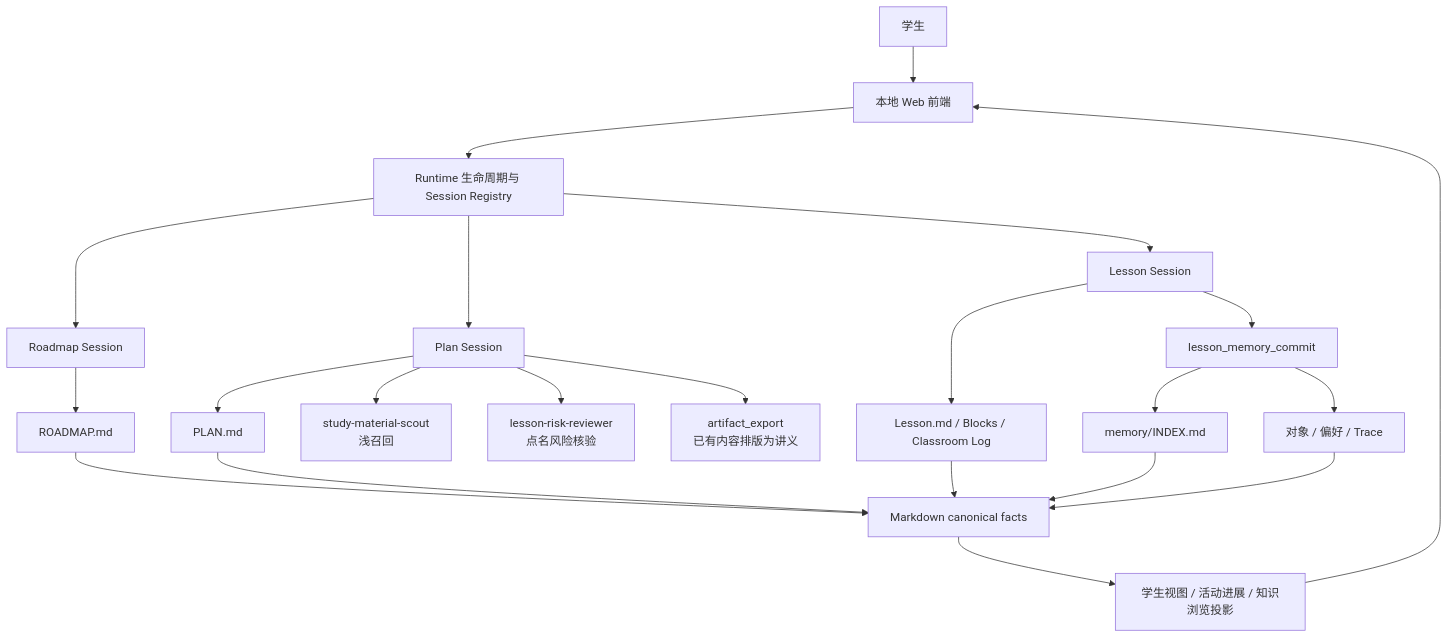
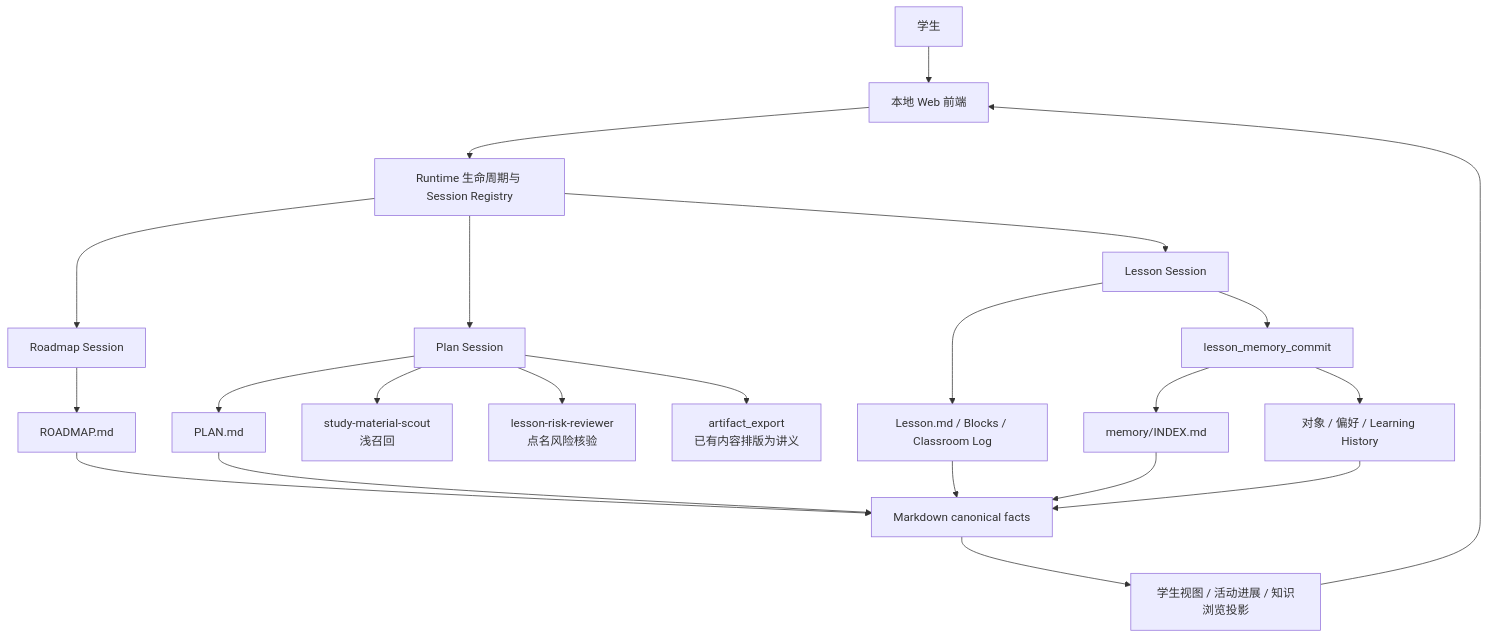
The first of 2 diagrams in docs/superpowers/specs/2026-08-08-studyforge-m1b-north-star-architecture-design.md (SunOfTheEast/highschool-study-claude-code), drawn with Mermaid before and after one commit. The commit also changed other lines of this file and 1 other file, not shown here.

Commit message:
docs: simplify free-learning memory flow

````diff
--- a/docs/superpowers/specs/2026-08-08-studyforge-m1b-north-star-architecture-design.md
+++ b/docs/superpowers/specs/2026-08-08-studyforge-m1b-north-star-architecture-design.md
@@ -117,25 +118,25 @@
 ```mermaid
 flowchart TB
     U["学生"] --> UI["本地 Web 前端"]
     UI --> LC["Runtime 生命周期与 Session Registry"]
 
     LC --> R["Roadmap Session"]
     LC --> P["Plan Session"]
     LC --> L["Lesson Session"]
 
     R --> RF["ROADMAP.md"]
     P --> PF["PLAN.md"]
     L --> LF["Lesson.md / Blocks / Classroom Log"]
 
     P --> S["study-material-scout\n浅召回"]
     P --> V["lesson-risk-reviewer\n点名风险核验"]
     P --> H["artifact_export\n已有内容排版为讲义"]
 
     L --> M["lesson_memory_commit"]
     M --> MI["memory/INDEX.md"]
-    M --> MO["对象 / 偏好 / Trace"]
+    M --> MO["对象 / 偏好 / Learning History"]
 
     RF & PF & LF & MI & MO --> FS["Markdown canonical facts"]
     FS --> PROJ["学生视图 / 活动进展 / 知识浏览投影"]
     PROJ --> UI
 ```
````
